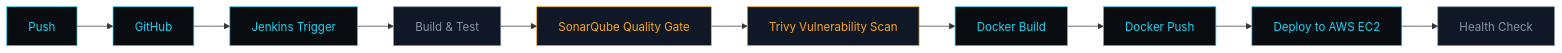
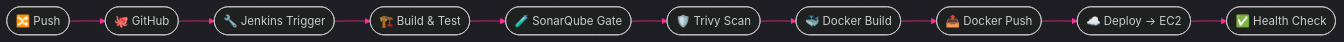
Before and after one commit to Adityachandkaushik/Adityachandkaushik: the first of 2 diagrams in README.md, drawn with Mermaid. The commit also changed other lines of this file, not shown here.

````diff
--- a/README.md
+++ b/README.md
@@ -180,23 +272,13 @@
 ```mermaid
+%%{init: {'theme':'dark', 'themeVariables': {'primaryColor':'#8B5CF6','primaryTextColor':'#fff','primaryBorderColor':'#00F0FF','lineColor':'#FF2E9A','secondaryColor':'#0D0221','tertiaryColor':'#0D0221'}}}%%
 flowchart LR
-    A[Push] --> B[GitHub]
-    B --> C[Jenkins Trigger]
-    C --> D[Build & Test]
-    D --> E[SonarQube Quality Gate]
-    E --> F[Trivy Vulnerability Scan]
-    F --> G[Docker Build]
-    G --> H[Docker Push]
-    H --> I[Deploy to AWS EC2]
-    I --> J[Health Check]
-
-    style A fill:#090C10,stroke:#22D3EE,color:#22D3EE
-    style B fill:#090C10,stroke:#22D3EE,color:#22D3EE
-    style C fill:#090C10,stroke:#22D3EE,color:#22D3EE
-    style D fill:#101828,stroke:#8592A8,color:#8592A8
-    style E fill:#101828,stroke:#F5A623,color:#F5A623
-    style F fill:#101828,stroke:#F5A623,color:#F5A623
-    style G fill:#090C10,stroke:#22D3EE,color:#22D3EE
-    style H fill:#090C10,stroke:#22D3EE,color:#22D3EE
-    style I fill:#090C10,stroke:#22D3EE,color:#22D3EE
-    style J fill:#101828,stroke:#8592A8,color:#8592A8
+    A(["🔀 Push"]) --> B(["🐙 GitHub"])
+    B --> C(["🔧 Jenkins Trigger"])
+    C --> D(["🏗️ Build & Test"])
+    D --> E(["🧪 SonarQube Gate"])
+    E --> F(["🛡️ Trivy Scan"])
+    F --> G(["🐳 Docker Build"])
+    G --> H(["📤 Docker Push"])
+    H --> I(["☁️ Deploy → EC2"])
+    I --> J(["✅ Health Check"])
 ```
````
